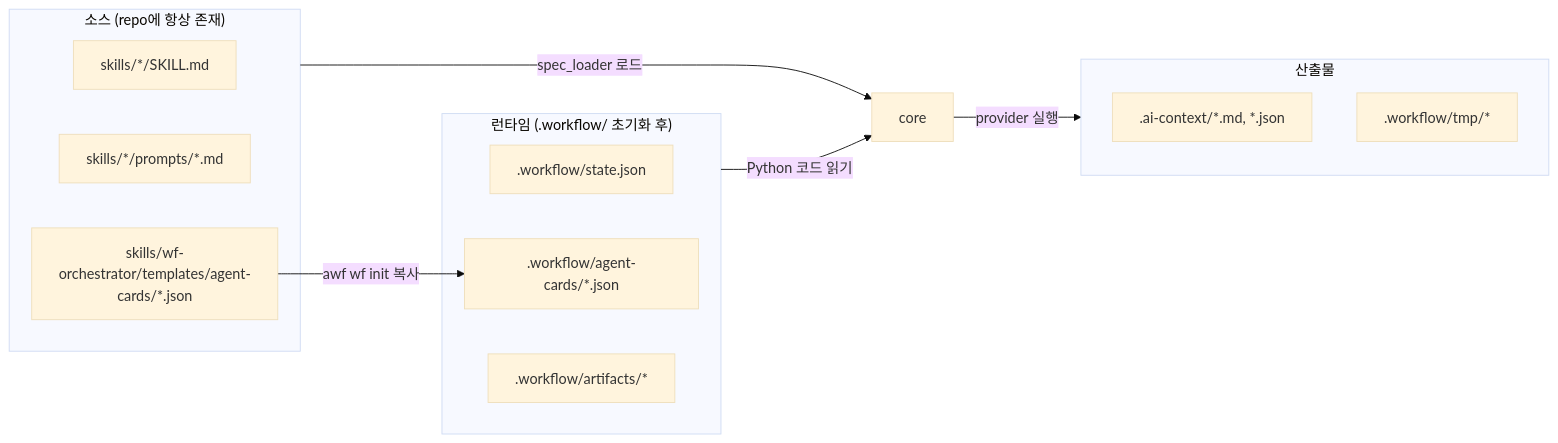
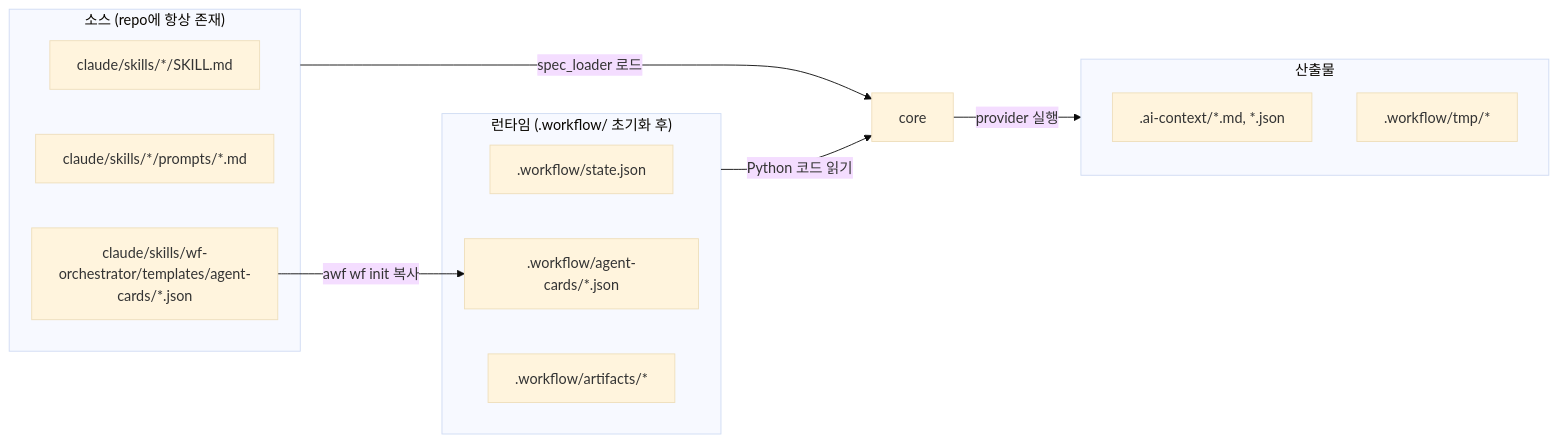
Before and after one commit to coldplay126/ai-workflow-tools: the second of 2 diagrams in docs/architecture/00-overview.md, drawn with Mermaid (base theme). The commit also changed other lines of this file and 8 other files, not shown here.

````diff
--- a/docs/architecture/00-overview.md
+++ b/docs/architecture/00-overview.md
@@ -79,24 +99,24 @@
 ```mermaid
 graph LR
     subgraph source["소스 (repo에 항상 존재)"]
-        S1["skills/*/SKILL.md"]
-        S2["skills/*/prompts/*.md"]
-        S3["skills/wf-orchestrator/templates/agent-cards/*.json"]
+        S1["claude/skills/*/SKILL.md"]
+        S2["claude/skills/*/prompts/*.md"]
+        S3["claude/skills/wf-orchestrator/templates/agent-cards/*.json"]
     end
 
     subgraph runtime["런타임 (.workflow/ 초기화 후)"]
         R1[".workflow/state.json"]
         R2[".workflow/agent-cards/*.json"]
         R3[".workflow/artifacts/*"]
     end
 
     subgraph output["산출물"]
         O1[".ai-context/*.md, *.json"]
         O2[".workflow/tmp/*"]
     end
 
     S3 -->|"awf wf init 복사"| R2
     source -->|"spec_loader 로드"| core
     runtime -->|"Python 코드 읽기"| core
     core -->|"provider 실행"| output
 ```
````
